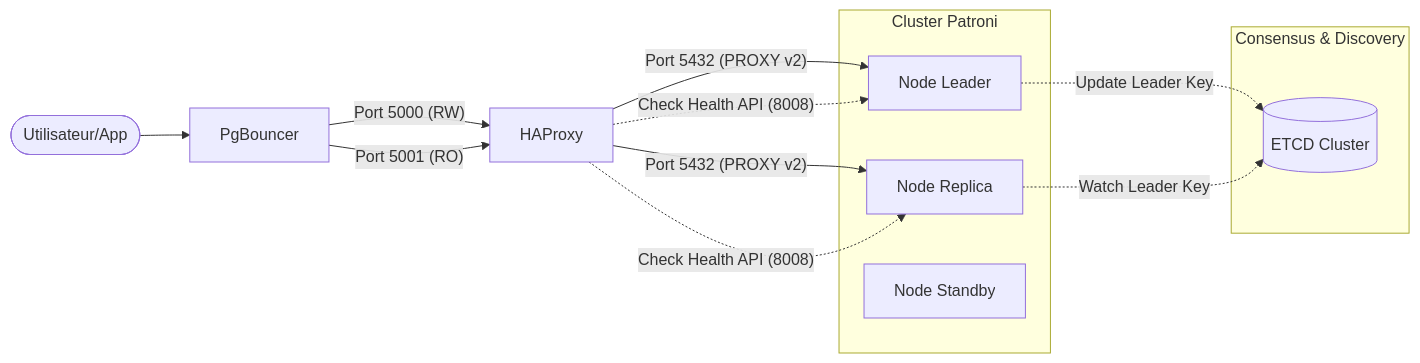
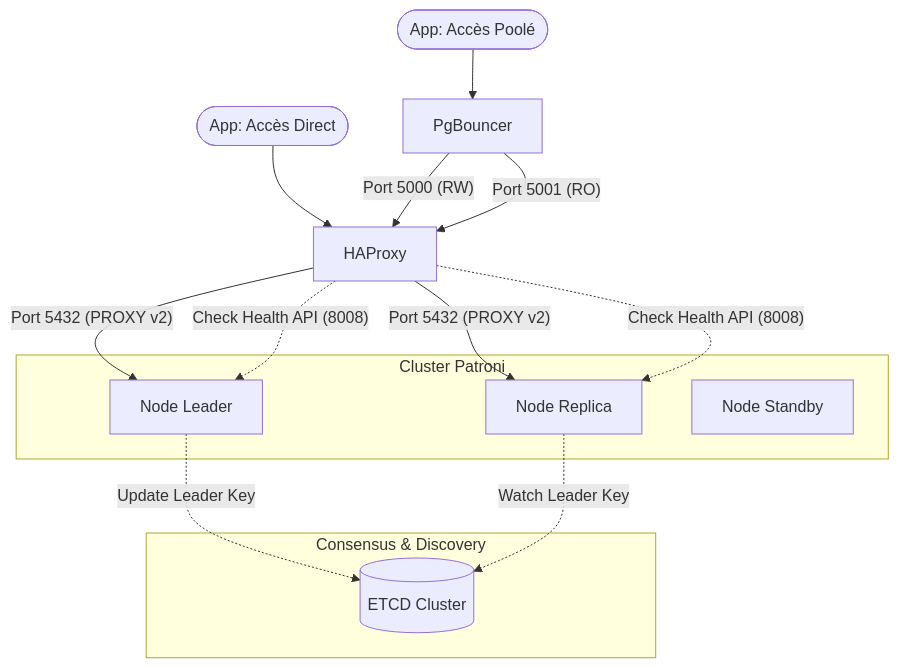
Before and after one commit to jmrenouard/patroni-lab-rhel8: the diagram in documentation/architecture.md, drawn with Mermaid. The commit also changed 30 other files, not shown here.

Commit message:
Refactor cleanup scripts, enhance Patroni, PgBouncer, and HAProxy tests with SSL and replication checks, and update documentation.

````diff
--- a/documentation/architecture.md
+++ b/documentation/architecture.md
@@ -9,23 +9,26 @@
 ```mermaid
-graph LR
-    User([Utilisateur/App]) --> PGB[PgBouncer]
-    PGB -- "Port 5000 (RW)" --> LB[HAProxy]
+graph TD
+    AppDirect([App: Accès Direct]) --> LB[HAProxy]
+    AppPool([App: Accès Poolé]) --> PGB[PgBouncer]
+    
+    PGB -- "Port 5000 (RW)" --> LB
     PGB -- "Port 5001 (RO)" --> LB
+    
     LB -- "Port 5432 (PROXY v2)" --> Leader[Node Leader]
     LB -- "Port 5432 (PROXY v2)" --> Replica[Node Replica]
     
     subgraph "Cluster Patroni"
         Leader
         Replica
         Node3[Node Standby]
     end
 
     subgraph "Consensus & Discovery"
         ETCD[(ETCD Cluster)]
     end
 
     Leader -. "Update Leader Key" .-> ETCD
     Replica -. "Watch Leader Key" .-> ETCD
     LB -. "Check Health API (8008)" .-> Leader
     LB -. "Check Health API (8008)" .-> Replica
 ```
````
